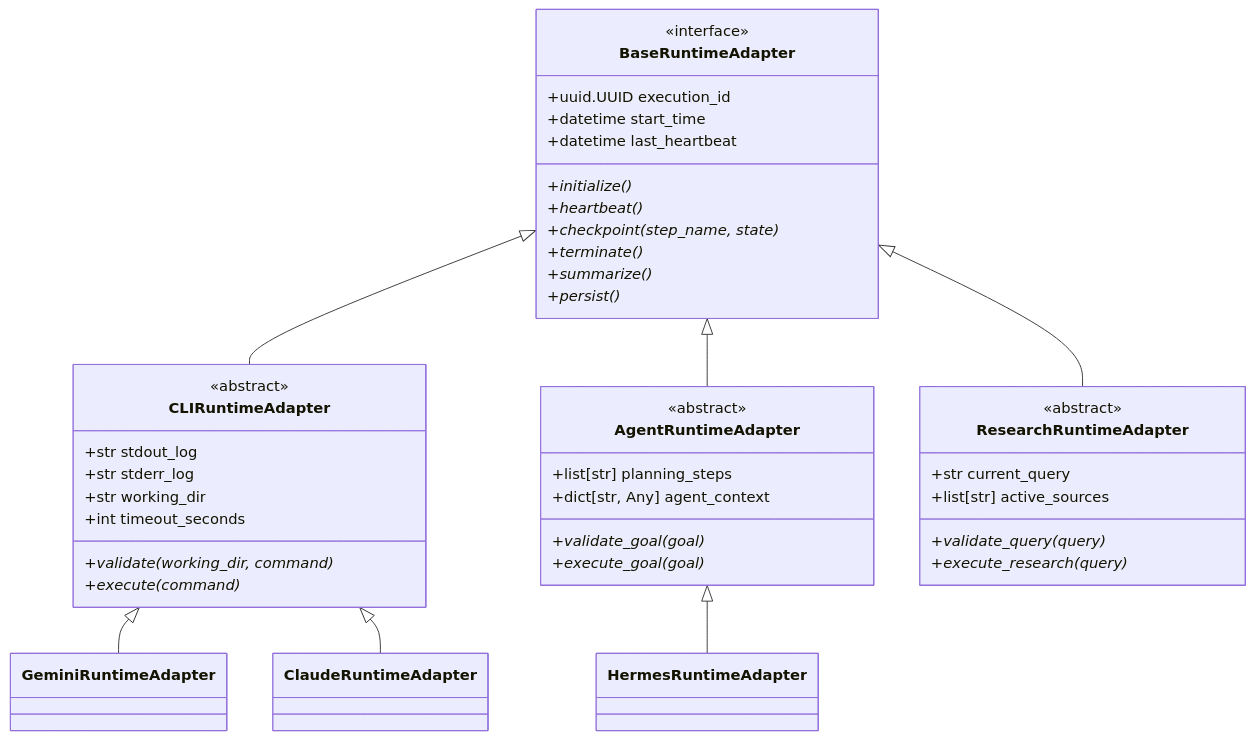
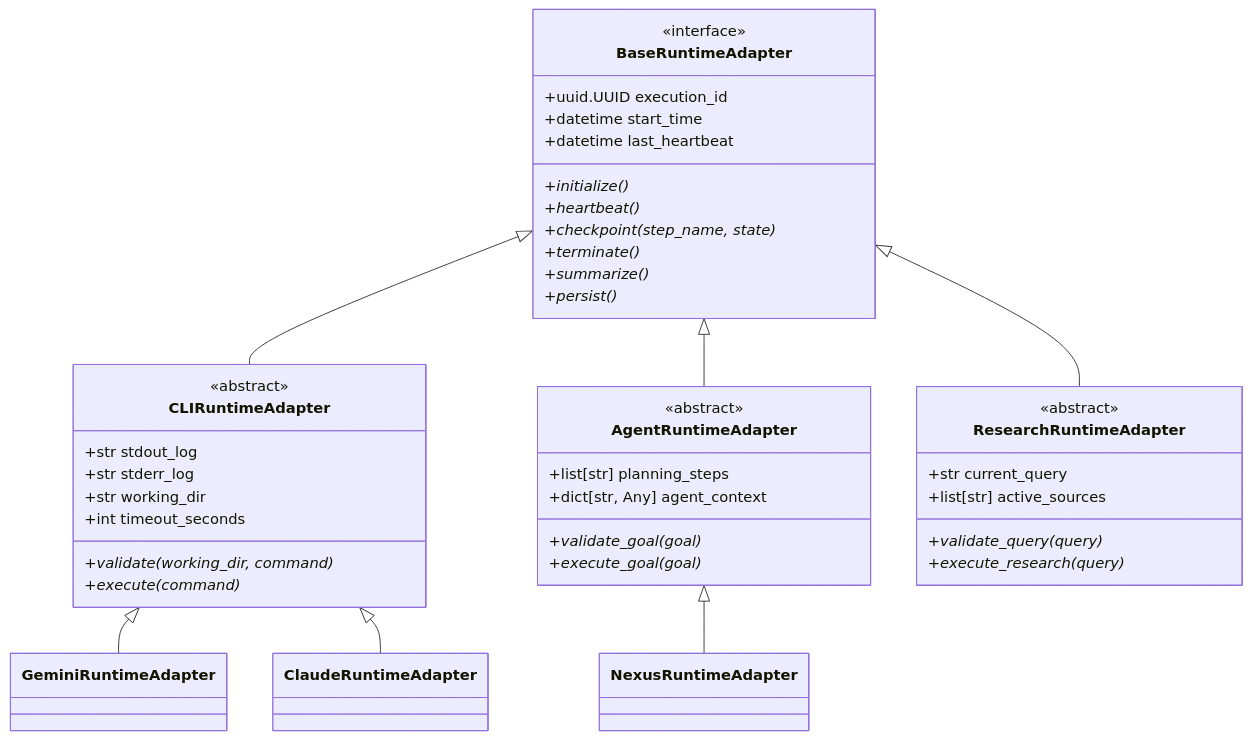
Before and after one commit to STiFLeR7/nexus: the diagram in blueprint/architecture/runtime-v2-design.md, drawn with Mermaid. The commit also changed 204 other files, not shown here.

````diff
--- a/blueprint/architecture/runtime-v2-design.md
+++ b/blueprint/architecture/runtime-v2-design.md
@@ -9,50 +9,50 @@
 ```mermaid
 classDiagram
     class BaseRuntimeAdapter {
         <<interface>>
         +uuid.UUID execution_id
         +datetime start_time
         +datetime last_heartbeat
         +initialize()*
         +heartbeat()*
         +checkpoint(step_name, state)*
         +terminate()*
         +summarize()*
         +persist()*
     }
 
     class CLIRuntimeAdapter {
         <<abstract>>
         +str stdout_log
         +str stderr_log
         +str working_dir
         +int timeout_seconds
         +validate(working_dir, command)*
         +execute(command)*
     }
 
     class AgentRuntimeAdapter {
         <<abstract>>
         +list[str] planning_steps
         +dict[str, Any] agent_context
         +validate_goal(goal)*
         +execute_goal(goal)*
     }
 
     class ResearchRuntimeAdapter {
         <<abstract>>
         +str current_query
         +list[str] active_sources
         +validate_query(query)*
         +execute_research(query)*
     }
 
     BaseRuntimeAdapter <|-- CLIRuntimeAdapter
     BaseRuntimeAdapter <|-- AgentRuntimeAdapter
     BaseRuntimeAdapter <|-- ResearchRuntimeAdapter
 
     CLIRuntimeAdapter <|-- GeminiRuntimeAdapter
     CLIRuntimeAdapter <|-- ClaudeRuntimeAdapter
 
-    AgentRuntimeAdapter <|-- HermesRuntimeAdapter
+    AgentRuntimeAdapter <|-- NexusRuntimeAdapter
 ```
````
